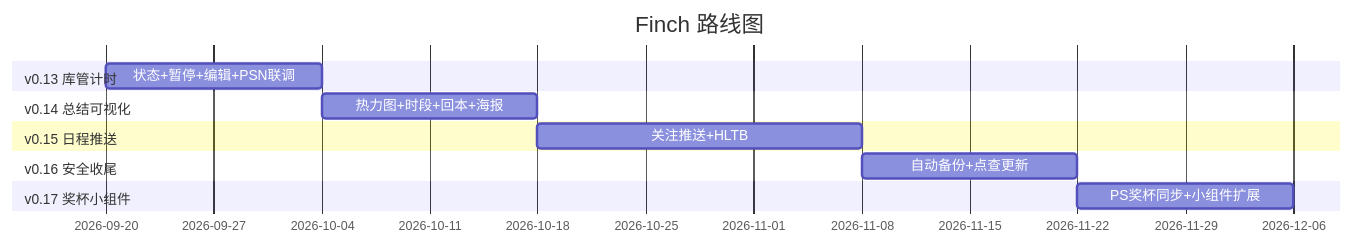
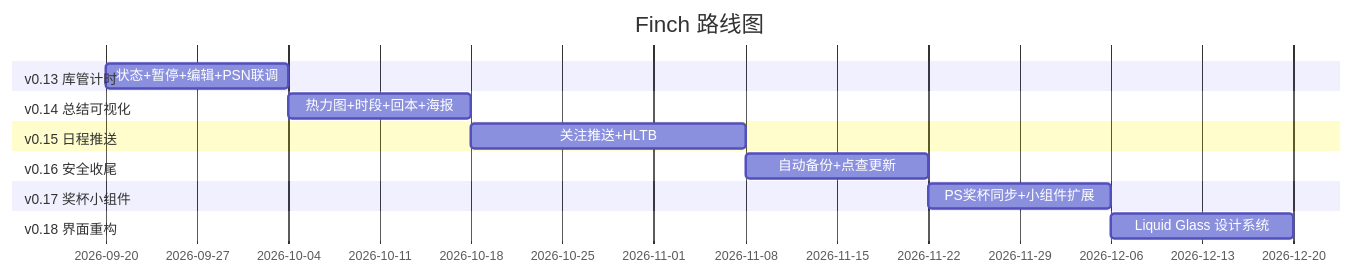
One commit to NeneRobo32/Finch changed the diagram in ROADMAP.md. Above: the diagram before and after it, drawn with Mermaid. The commit also changed other lines of this file, not shown here.

Commit message:
docs: 路线图同步至 v0.18.0——补 v0.18 界面重构交付行、DB17 行、v0.19 记录粒度候选

````diff
--- a/ROADMAP.md
+++ b/ROADMAP.md
@@ -35,15 +36,17 @@
 ```mermaid
 gantt
     title Finch 路线图
     dateFormat  YYYY-MM-DD
     section v0.13 库管计时
     状态+暂停+编辑+PSN联调       :a1, 2026-09-20, 14d
     section v0.14 总结可视化
     热力图+时段+回本+海报        :a2, after a1, 14d
     section v0.15 日程推送
     关注推送+HLTB               :a3, after a2, 21d
     section v0.16 安全收尾
     自动备份+点查更新           :a4, after a3, 14d
     section v0.17 奖杯小组件
     PS奖杯同步+小组件扩展        :a5, after a4, 14d
+    section v0.18 界面重构
+    Liquid Glass 设计系统        :a6, after a5, 14d
 ```
````
